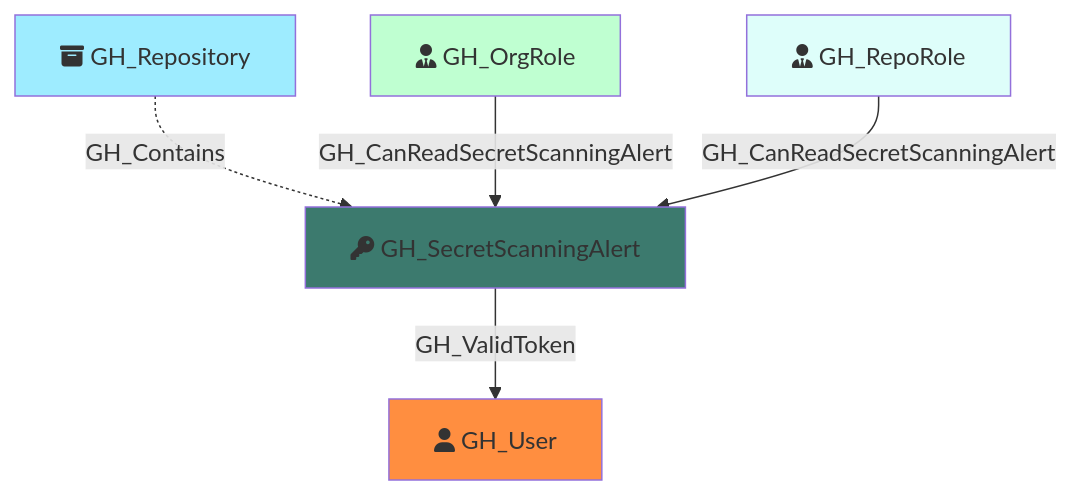
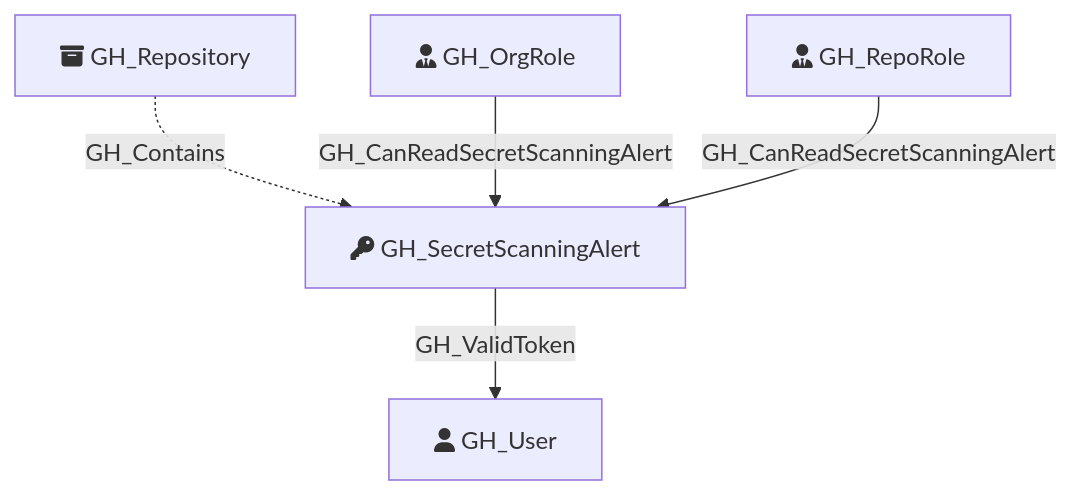
The diagram in Documentation/NodeDescriptions/GH_SecretScanningAlert.md (SpecterOps/GitHound), drawn with Mermaid before and after one commit. The commit also changed 23 other files, not shown here.

Commit message:
rm mermaid box colors

````diff
--- a/Documentation/NodeDescriptions/GH_SecretScanningAlert.md
+++ b/Documentation/NodeDescriptions/GH_SecretScanningAlert.md
@@ -42,19 +42,14 @@
 ```mermaid
 flowchart TD
     GH_Repository[fa:fa-box-archive GH_Repository]
     GH_SecretScanningAlert[fa:fa-key GH_SecretScanningAlert]
     GH_User[fa:fa-user GH_User]
     GH_OrgRole[fa:fa-user-tie GH_OrgRole]
     GH_RepoRole[fa:fa-user-tie GH_RepoRole]
 
-    style GH_Repository fill:#9EECFF
-    style GH_SecretScanningAlert fill:#3C7A6E
-    style GH_User fill:#FF8E40
-    style GH_OrgRole fill:#BFFFD1
-    style GH_RepoRole fill:#DEFEFA
 
     GH_Repository -.->|GH_Contains| GH_SecretScanningAlert
     GH_SecretScanningAlert -->|GH_ValidToken| GH_User
     GH_OrgRole -->|GH_CanReadSecretScanningAlert| GH_SecretScanningAlert
     GH_RepoRole -->|GH_CanReadSecretScanningAlert| GH_SecretScanningAlert
 ```
````
